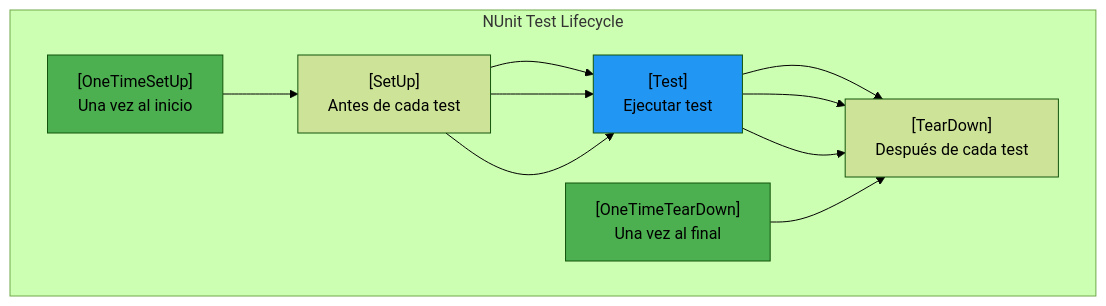
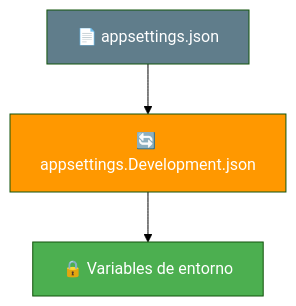
The sixth of 7 diagrams in 01-conceptos-servicios.md (joseluisgs/DesarrolloWebEntornosServidor-02-2026-2027), drawn with Mermaid (forest theme) before and after one commit. The commit also changed other lines of this file, not shown here.

````diff
--- a/01-conceptos-servicios.md
+++ b/01-conceptos-servicios.md
@@ -1488,19 +331,8 @@
 ```mermaid
 flowchart TB
-    subgraph "NUnit Test Lifecycle"
-        A["[OneTimeSetUp]<br/>Una vez al inicio"]
-        B["[SetUp]<br/>Antes de cada test"]
-        C["[Test]<br/>Ejecutar test"]
-        D["[TearDown]<br/>Después de cada test"]
-        E["[OneTimeTearDown]<br/>Una vez al final"]
-    end
-    
-    A --> B --> C --> D
-    B --> C --> D
-    B --> C --> D
-    E --> D
-    
-    style A fill:#4CAF50
-    style C fill:#2196F3
-    style E fill:#4CAF50
+    A["📄 appsettings.json"] --> B["🔄 appsettings.Development.json"]
+    B --> C["🔒 Variables de entorno"]
+    style A fill:#607D8B,color:#fff
+    style B fill:#FF9800,color:#fff
+    style C fill:#4CAF50,color:#fff
 ```
````
